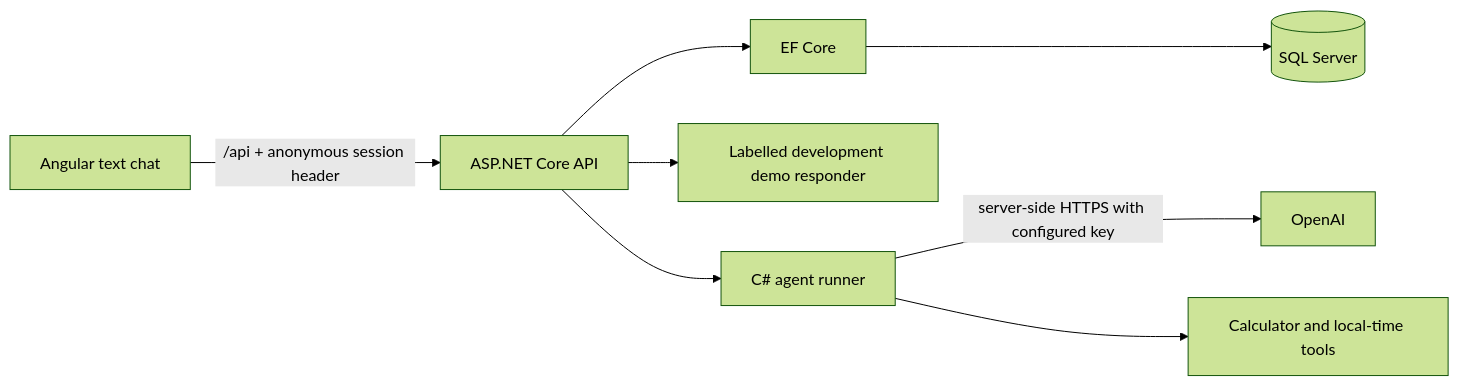
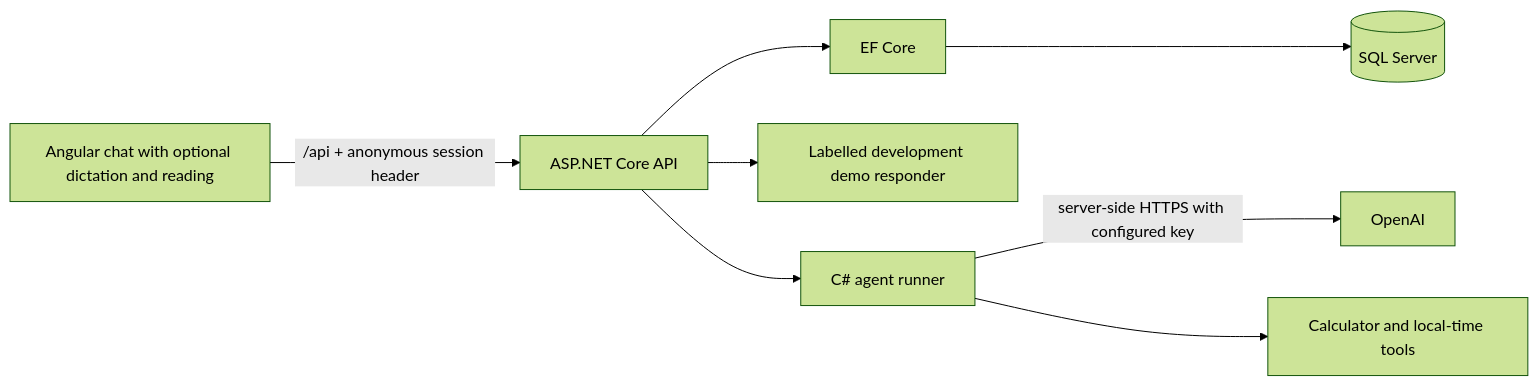
Before and after one commit to akashsaruk923/ChatBot: the diagram in docs/architecture.md, drawn with Mermaid (forest theme). The commit also changed other lines of this file and 10 other files, not shown here.

````diff
--- a/docs/architecture.md
+++ b/docs/architecture.md
@@ -5,10 +5,10 @@
 ```mermaid
 flowchart LR
-  Browser[Angular text chat] -->|/api + anonymous session header| API[ASP.NET Core API]
+  Browser[Angular chat with optional dictation and reading] -->|/api + anonymous session header| API[ASP.NET Core API]
   API --> EF[EF Core]
   EF --> SQL[(SQL Server)]
   API --> Demo[Labelled development demo responder]
   API --> Agents[C# agent runner]
   Agents -->|server-side HTTPS with configured key| Provider[OpenAI]
   Agents --> Tools[Calculator and local-time tools]
 ```
````
